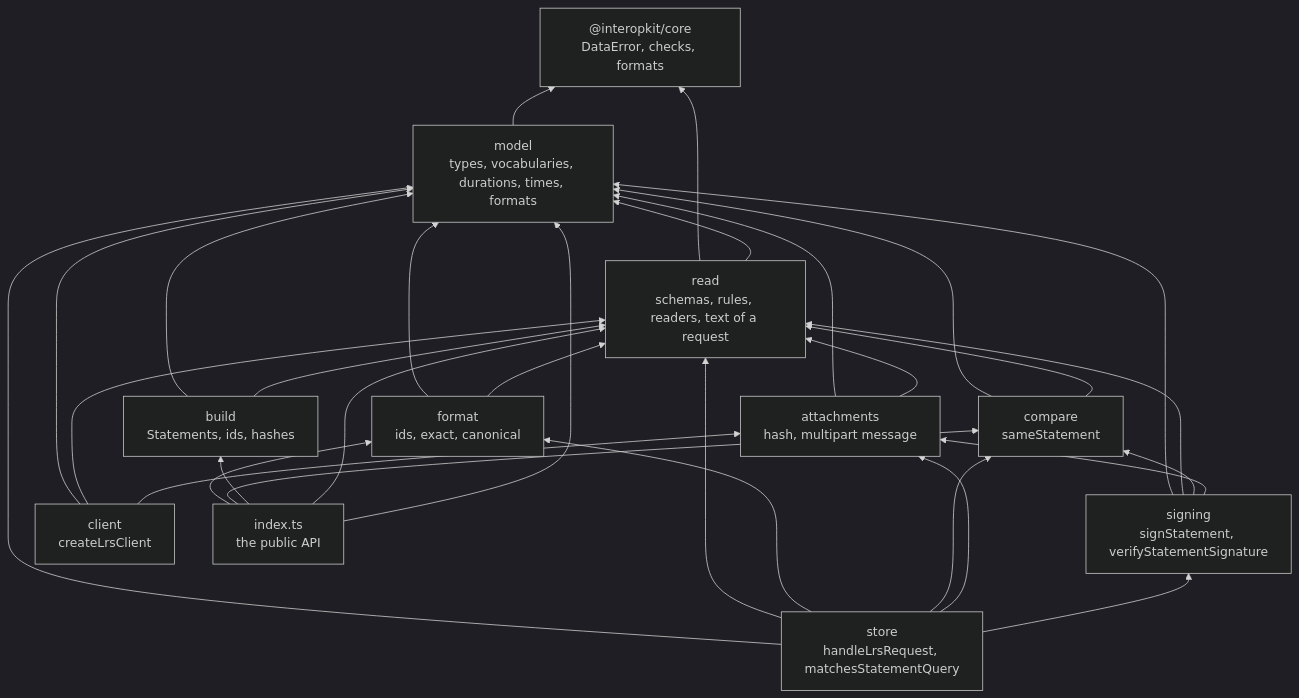
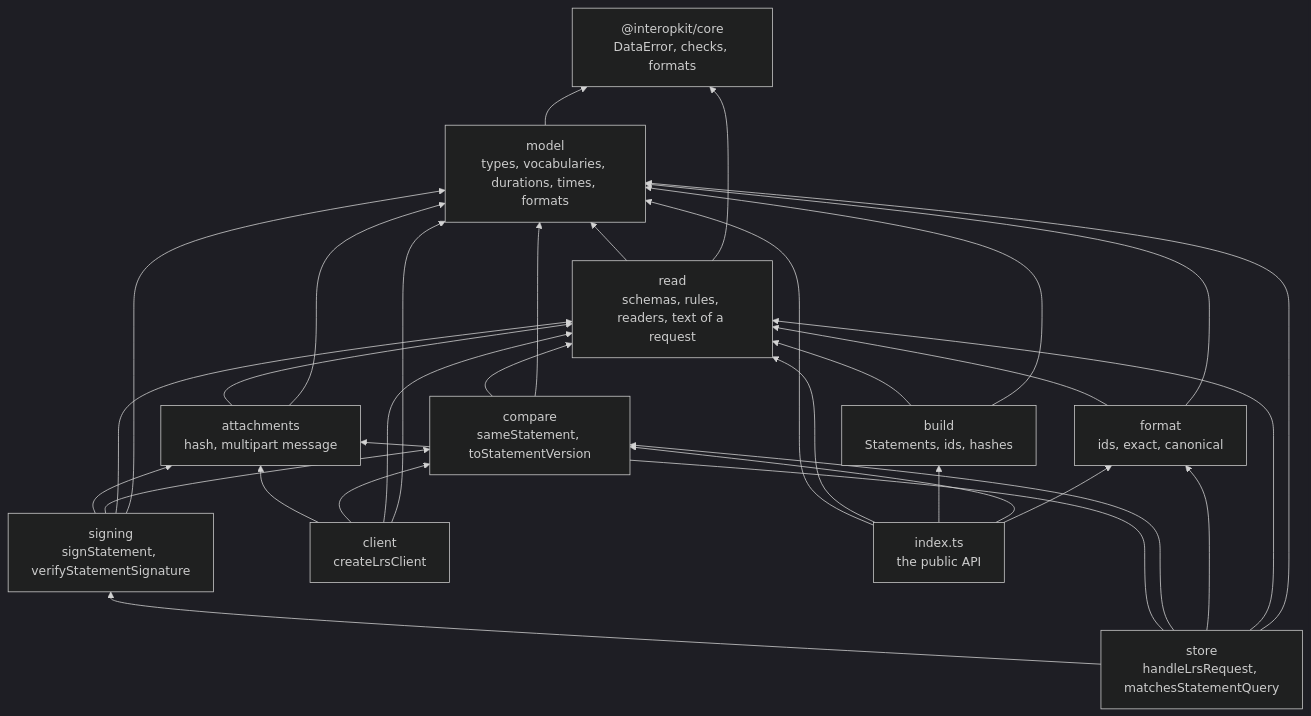
The first of 2 diagrams in docs/learning-records/architecture.md (interopkit/interopkit), drawn with Mermaid (dark theme) before and after one commit. The commit also changed other lines of this file and 82 other files, not shown here.

````diff
--- a/docs/learning-records/architecture.md
+++ b/docs/learning-records/architecture.md
@@ -10,43 +10,44 @@
 ```mermaid
 flowchart BT
   core["@interopkit/core<br/>DataError, checks, formats"]
   model["model<br/>types, vocabularies, durations, times, formats"]
   read["read<br/>schemas, rules, readers, text of a request"]
   build["build<br/>Statements, ids, hashes"]
-  compare["compare<br/>sameStatement"]
+  compare["compare<br/>sameStatement, toStatementVersion"]
   format["format<br/>ids, exact, canonical"]
   attachments["attachments<br/>hash, multipart message"]
   signing["signing<br/>signStatement, verifyStatementSignature"]
   client["client<br/>createLrsClient"]
   store["store<br/>handleLrsRequest, matchesStatementQuery"]
   root["index.ts<br/>the public API"]
   read --> model
   read --> core
   model --> core
   build --> read
   compare --> read
   format --> read
   build --> model
   compare --> model
   format --> model
   attachments --> read
   attachments --> model
   signing --> attachments
   signing --> compare
   signing --> read
   signing --> model
   client --> attachments
+  client --> compare
   client --> read
   client --> model
   store --> signing
   store --> attachments
   store --> compare
   store --> format
   store --> read
   store --> model
   root --> model
   root --> read
   root --> build
   root --> compare
   root --> format
 ```
````
